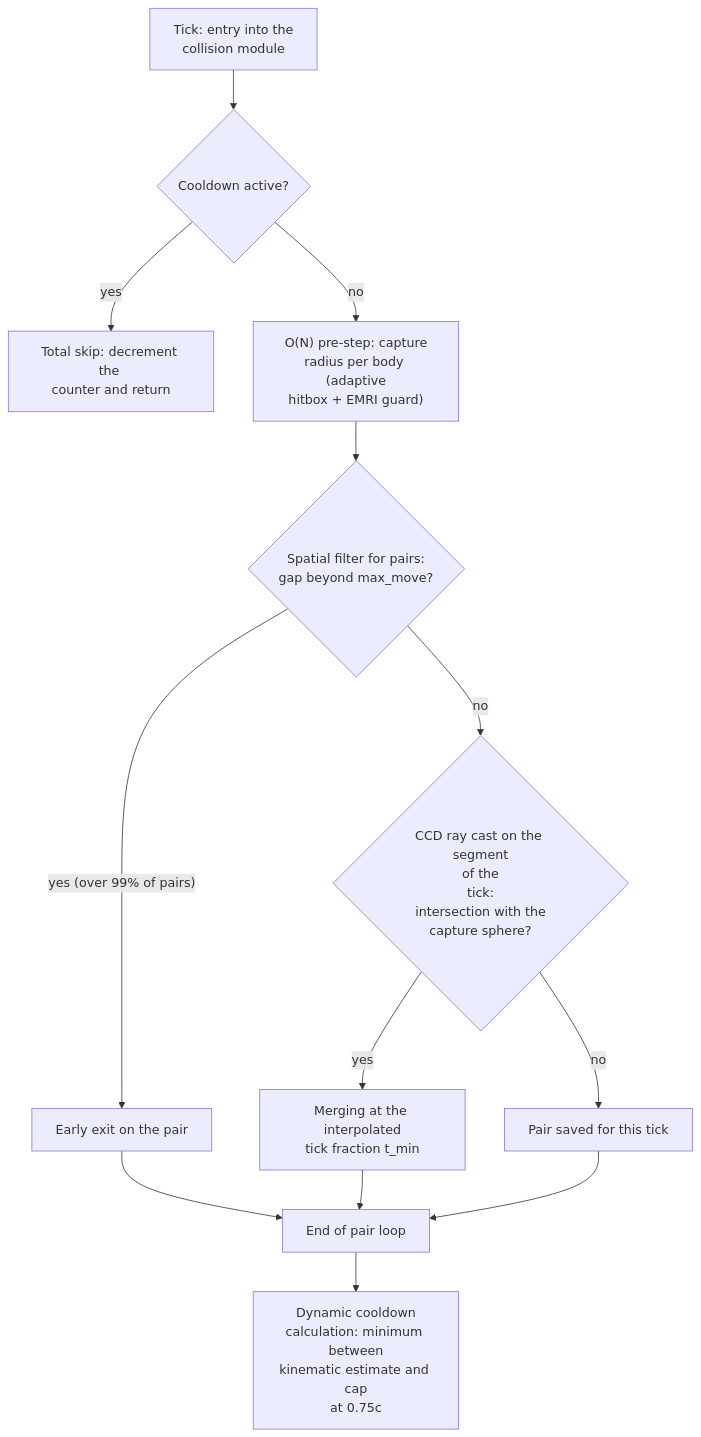
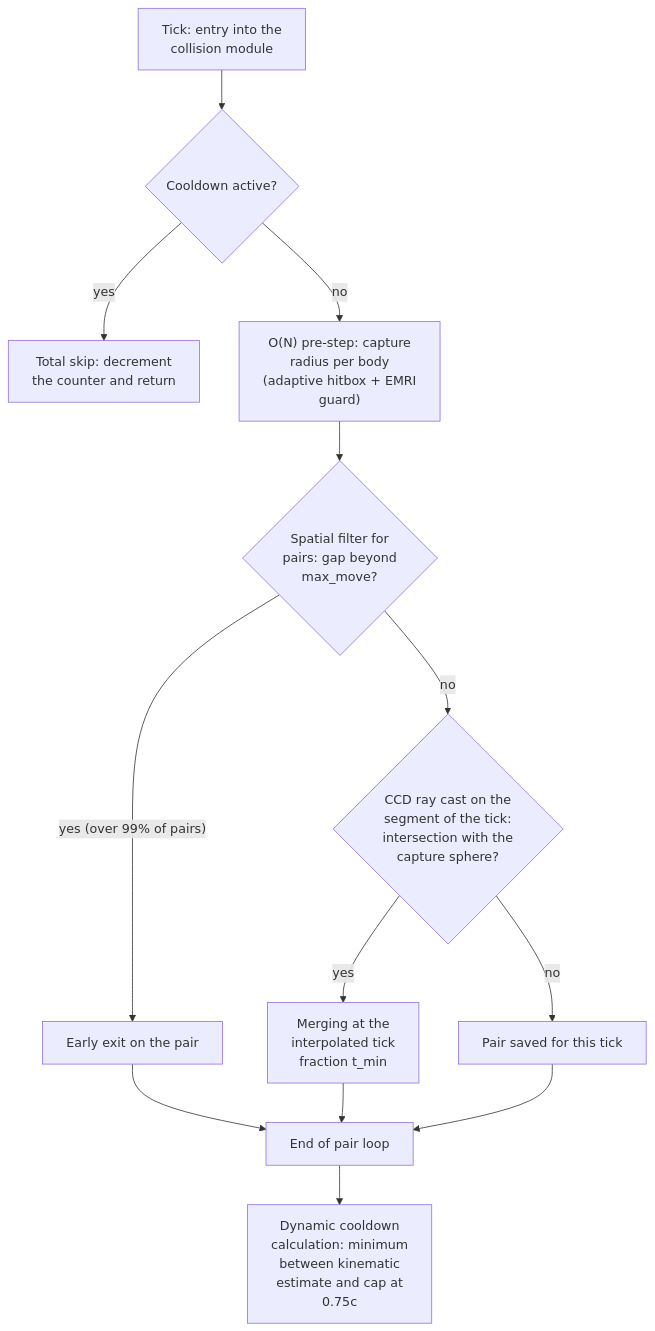
The eighth of 11 diagrams in ARCHITECTURE_DEEP_DIVE.md (alessandro-pioli/AstroCausal_Engine), drawn with Mermaid before and after one commit. The commit also changed other lines of this file and 2 other files, not shown here.

````diff
--- a/ARCHITECTURE_DEEP_DIVE.md
+++ b/ARCHITECTURE_DEEP_DIVE.md
@@ -646,15 +644,15 @@
 ```mermaid
 flowchart TD
     A["Tick: entry into the <br/>collision module"] --> B{"Cooldown active?"}
-    B -->|"yes"| Z["Total skip: decrement the <br/>counter and return"]
-    B -->|"no"| C["O(N) pre-step: capture<br/>radius per body (adaptive<br/>hitbox + EMRI guard)"]
-    C --> D{"Spatial filter for pairs:<br/>gap beyond max_move?"}
+    B -->|"yes"| Z["Total skip: decrement<br/>the counter and return"]
+    B -->|"no"| C["O(N) pre-step: capture<br/>radius per body<br/>(adaptive hitbox + EMRI<br/>guard)"]
+    C --> D{"Spatial filter for<br/>pairs: gap beyond<br/>max_move?"}
     D -->|"yes (over 99% of pairs)"| E["Early exit on the pair"]
-    D -->|"no"| F{"CCD ray cast on the segment<br/>of the<br/>tick:<br/>intersection with the<br/>capture sphere?"}
-    F -->|"yes"| G["Merging at the interpolated<br/>tick fraction t_min"]
+    D -->|"no"| F{"CCD ray cast on the<br/>segment of the tick:<br/>intersection with the<br/>capture sphere?"}
+    F -->|"yes"| G["Merging at the<br/>interpolated tick<br/>fraction t_min"]
     F -->|"no"| H["Pair saved for this tick"]
     E --> I["End of pair loop"]
     G --> I
     H --> I
-    I --> J["Dynamic cooldown<br/>calculation: minimum between<br/>kinematic estimate and cap<br/>at 0.75c"]
+    I --> J["Dynamic cooldown<br/>calculation: minimum<br/>between kinematic<br/>estimate and cap at<br/>0.75c"]
 ```
````
